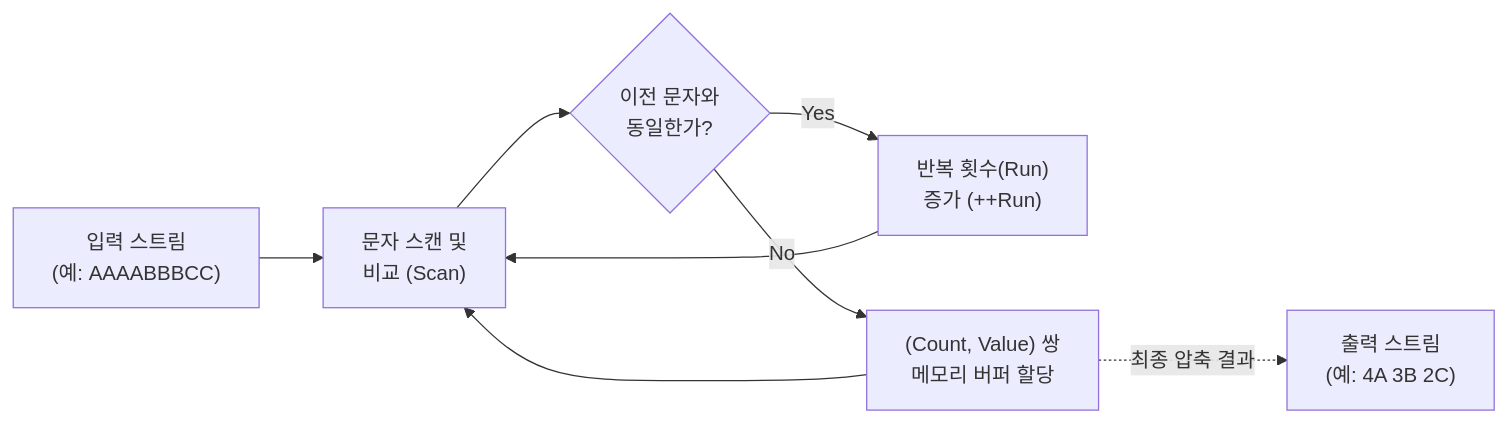
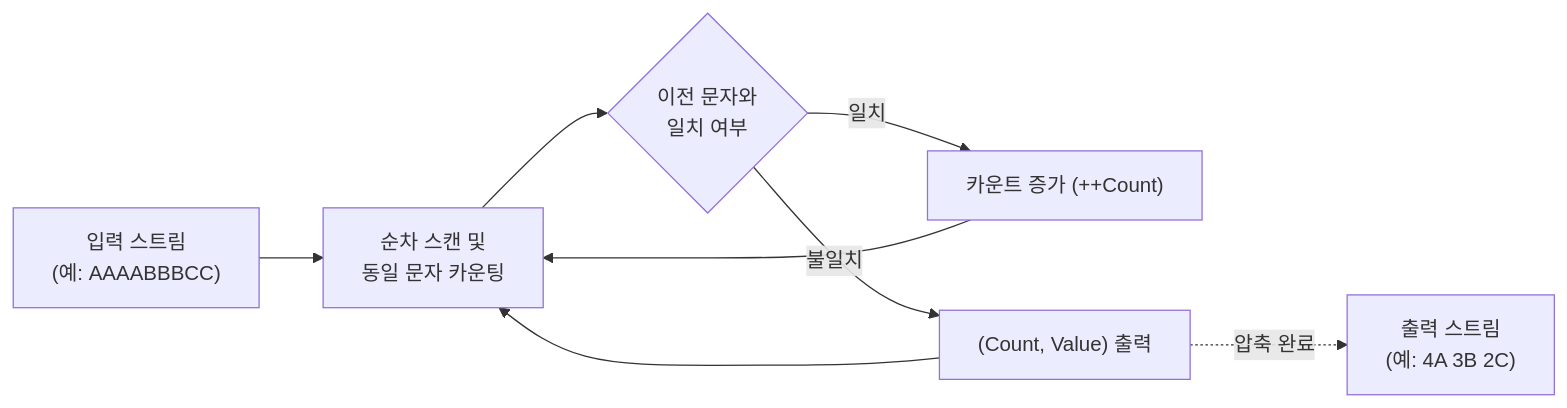
The diagram in content/01_IT Tech/런랭스 코딩.md (supremethumb/supremethumb.github.io), drawn with Mermaid before and after one commit. The commit also changed other lines of this file and 362 other files, not shown here.

````diff
--- a/content/01_IT Tech/런랭스 코딩.md
+++ b/content/01_IT Tech/런랭스 코딩.md
@@ -27,14 +37,13 @@
 ```mermaid
 flowchart LR
-    Input["입력 스트림<br/>(예: AAAABBBCC)"] --> Scan["문자 스캔 및<br/>비교 (Scan)"]
+    Input["입력 스트림<br/>(예: AAAABBBCC)"] --> Scan["순차 스캔 및<br/>동일 문자 카운팅"]
     
-    Scan --> Count{"이전 문자와<br/>동일한가?"}
-    Count -- "Yes" --> Inc["반복 횟수(Run)<br/>증가 (++Run)"]
+    Scan --> Check{"이전 문자와<br/>일치 여부"}
+    Check -- "일치" --> Inc["카운트 증가 (++Count)"]
     Inc --> Scan
     
-    Count -- "No" --> Output["(Count, Value) 쌍<br/>메모리 버퍼 할당"]
+    Check -- "불일치" --> Output["(Count, Value) 출력"]
     Output --> Scan
     
-    Output -. "최종 압축 결과" .-> Result["출력 스트림<br/>(예: 4A 3B 2C)"]
-
+    Output -. "압축 완료" .-> Result["출력 스트림<br/>(예: 4A 3B 2C)"]
 ```
````
